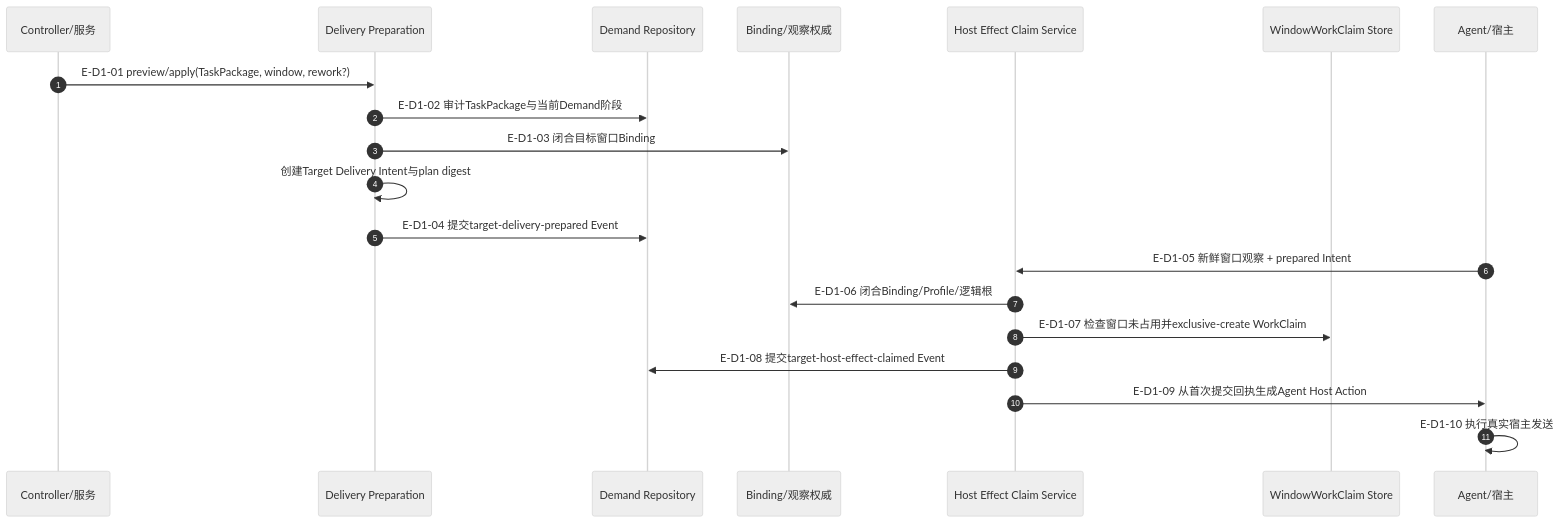
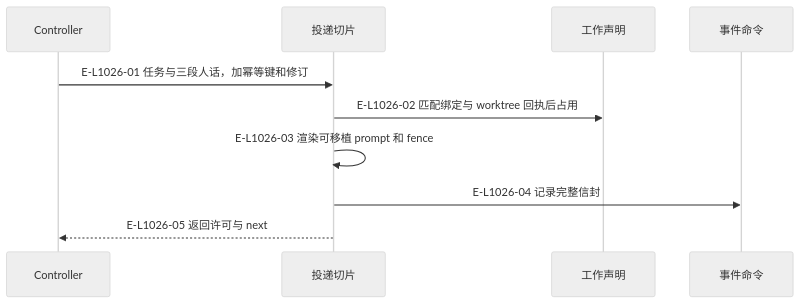
The first of 3 diagrams in wakeflow-architecture-atlas/maps/06-implementation-delivery-review/runtime-call-flow.md (GxFn/Wakeflow), drawn with Mermaid (neutral theme) before and after one commit. The commit also changed other lines of this file and 71 other files, not shown here.

Commit message:
docs(atlas): align architecture maps with L1 nine-slice implementation

````diff
--- a/wakeflow-architecture-atlas/maps/06-implementation-delivery-review/runtime-call-flow.md
+++ b/wakeflow-architecture-atlas/maps/06-implementation-delivery-review/runtime-call-flow.md
@@ -27,27 +139,14 @@
 ```mermaid
 sequenceDiagram
-  accTitle: Target Delivery准备WorkClaim与一次性Agent Host Action
-  accDescr: Preparation从TaskPackage事件和当前Binding创建并提交Delivery Intent。Claim Service要求新鲜Agent窗口观察与当前Binding闭合，在窗口无其他Claim时创建0600 WorkClaim并提交host-effect-claimed事件；只有首次提交回执才能生成一次性Agent Host Action，随后由Agent执行真实宿主发送。
-
-  autonumber
-  participant CTRL as Controller/服务
-  participant PREP as Delivery Preparation
-  participant REPO as Demand Repository
-  participant BIND as Binding/观察权威
-  participant CLAIM as Host Effect Claim Service
-  participant STORE as WindowWorkClaim Store
-  participant AGENT as Agent/宿主
-
-  CTRL->>PREP: E-D1-01 preview/apply(TaskPackage, window, rework?)
-  PREP->>REPO: E-D1-02 审计TaskPackage与当前Demand阶段
-  PREP->>BIND: E-D1-03 闭合目标窗口Binding
-  PREP->>PREP: 创建Target Delivery Intent与plan digest
-  PREP->>REPO: E-D1-04 提交target-delivery-prepared Event
-
-  AGENT->>CLAIM: E-D1-05 新鲜窗口观察 + prepared Intent
-  CLAIM->>BIND: E-D1-06 闭合Binding/Profile/逻辑根
-  CLAIM->>STORE: E-D1-07 检查窗口未占用并exclusive-create WorkClaim
-  CLAIM->>REPO: E-D1-08 提交target-host-effect-claimed Event
-  CLAIM->>AGENT: E-D1-09 从首次提交回执生成Agent Host Action
-  AGENT->>AGENT: E-D1-10 执行真实宿主发送
+  accTitle: 准备信封与许可
+  accDescr: 准备信封与许可；箭头区分当前代码步骤、返回事实与明确的条件。
+  participant controller as Controller
+  participant slice as 投递切片
+  participant claim as 工作声明
+  participant event as 事件命令
+  controller->>slice: E-L1026-01 任务与三段人话，加幂等键和修订
+  slice->>claim: E-L1026-02 匹配绑定与 worktree 回执后占用
+  slice->>slice: E-L1026-03 渲染可移植 prompt 和 fence
+  slice->>event: E-L1026-04 记录完整信封
+  slice-->>controller: E-L1026-05 返回许可与 next
 ```
````
